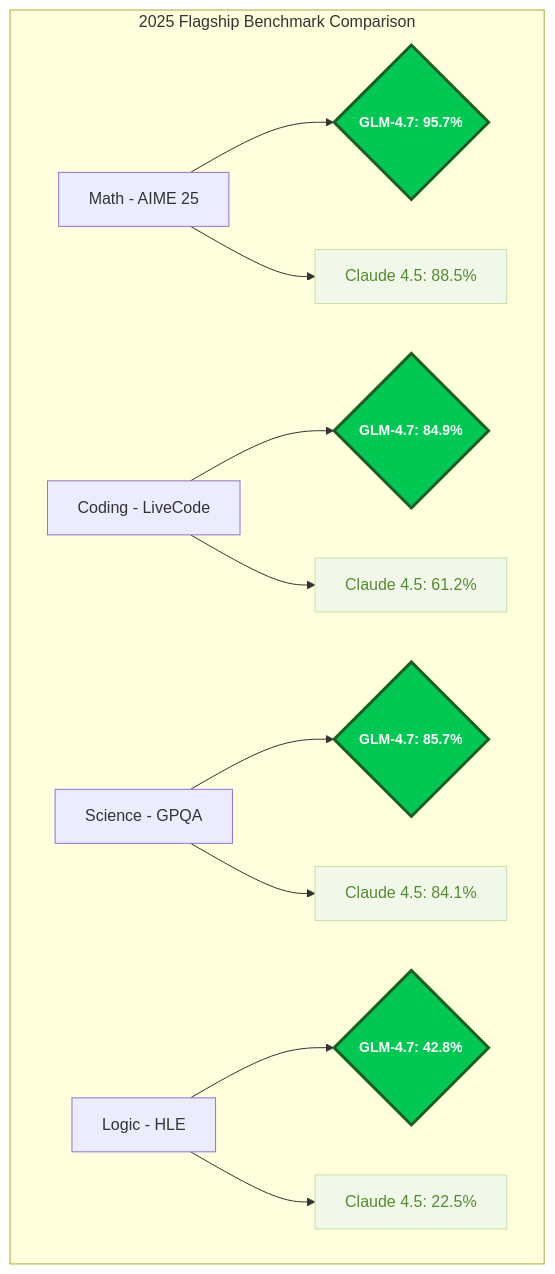
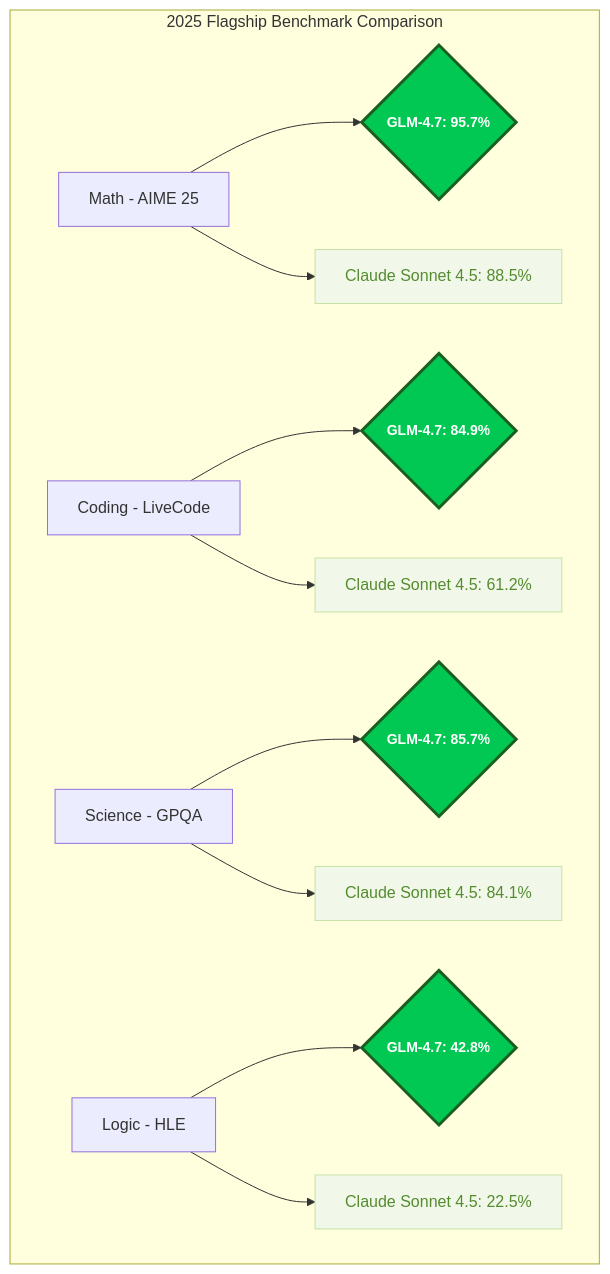
One commit to roman-ryzenadvanced/glm.47-launched-and-it-is-beast changed the first of 2 diagrams in README.md. Above: the diagram before and after it, drawn with Mermaid. The commit also changed other lines of this file, not shown here.

Commit message:
🔍 Specified model names: Claude Sonnet 4.5 and Claude 3.5 Sonnet (New)

````diff
--- a/README.md
+++ b/README.md
@@ -31,22 +31,22 @@
 ```mermaid
 graph TD
     subgraph "2025 Flagship Benchmark Comparison"
     M[Math - AIME 25] --> G1{<b>GLM-4.7: 95.7%</b>}
-    M --> C1[Claude 4.5: 88.5%]
+    M --> C1[Claude Sonnet 4.5: 88.5%]
     
     CO[Coding - LiveCode] --> G2{<b>GLM-4.7: 84.9%</b>}
-    CO --> C2[Claude 4.5: 61.2%]
+    CO --> C2[Claude Sonnet 4.5: 61.2%]
     
     S[Science - GPQA] --> G3{<b>GLM-4.7: 85.7%</b>}
-    S --> C3[Claude 4.5: 84.1%]
+    S --> C3[Claude Sonnet 4.5: 84.1%]
     
     L[Logic - HLE] --> G4{<b>GLM-4.7: 42.8%</b>}
-    L --> C4[Claude 4.5: 22.5%]
+    L --> C4[Claude Sonnet 4.5: 22.5%]
     end
     
     classDef glmNode fill:#00c853,stroke:#1b5e20,stroke-width:3px,color:#ffffff,font-weight:bold,font-size:14px
     classDef rivalNode fill:#f1f8e9,stroke:#c5e1a5,stroke-width:1px,color:#558b2f
     
     class G1,G2,G3,G4 glmNode
     class C1,C2,C3,C4 rivalNode
 ```
````
